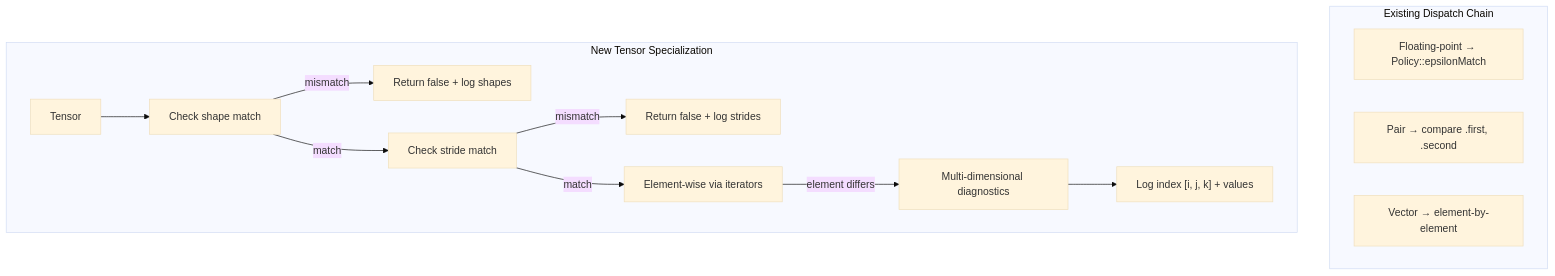
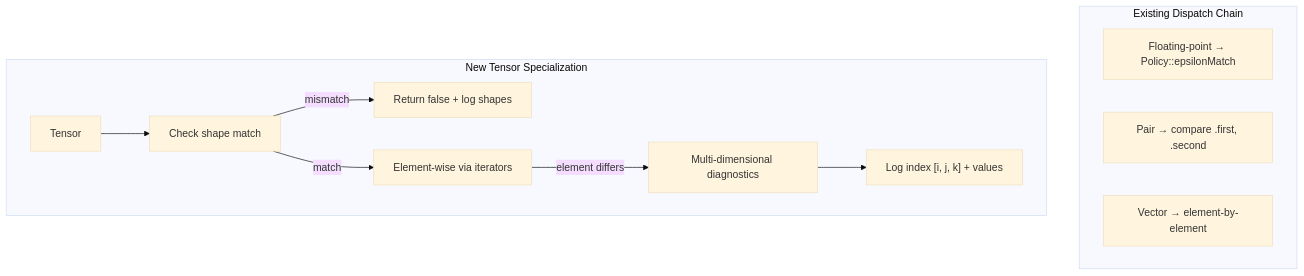
One commit to schroedermatthew/FatP changed diagram 15 of 17 in components/Equality/docs/Companion Guide - EqualityComparisons.md. Above: the diagram before and after it, drawn with Mermaid (base theme). The commit also changed other lines of this file and 212 other files, not shown here.

````diff
--- a/components/Equality/docs/Companion Guide - EqualityComparisons.md
+++ b/components/Equality/docs/Companion Guide - EqualityComparisons.md
@@ -1566,24 +1567,21 @@
 ```mermaid
 flowchart TB
     subgraph Existing["Existing Dispatch Chain"]
         FP["Floating-point → Policy::epsilonMatch"]
         Pair["Pair → compare .first, .second"]
         Vec["Vector → element-by-element"]
     end
     
     subgraph New["New Tensor Specialization"]
-        Tensor["Tensor<T, Alloc, IteratorPolicy>"]
+        Tensor["Tensor<T, Alloc>"]
         Shape["Check shape match"]
-        Stride["Check stride match"]
         Elem["Element-wise via iterators"]
         Diag["Multi-dimensional diagnostics"]
         
         Tensor --> Shape
         Shape -->|"mismatch"| Fail1["Return false + log shapes"]
-        Shape -->|"match"| Stride
-        Stride -->|"mismatch"| Fail2["Return false + log strides"]
-        Stride -->|"match"| Elem
+        Shape -->|"match"| Elem
         Elem -->|"element differs"| Diag
         Diag --> Log["Log index [i, j, k] + values"]
     end
 ```
````
